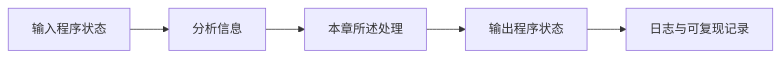
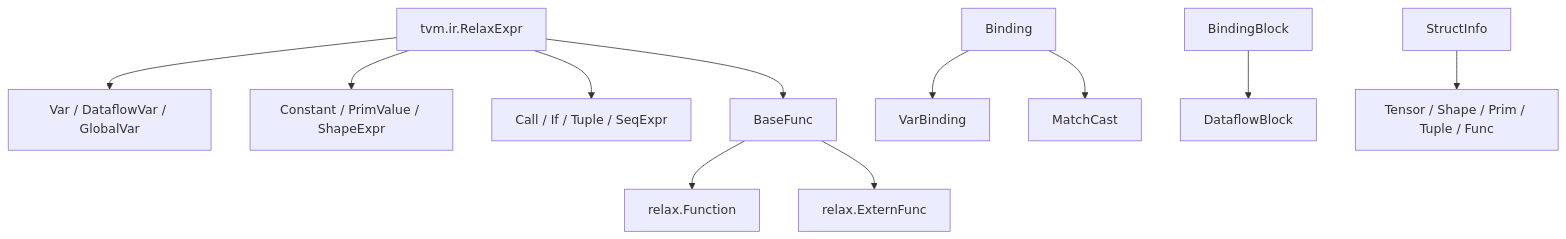
One commit to Little-W/Obsidian changed the diagram in NPU/TVM 使用与自研 NPU 接入手册/04-Relax 图级 IR.md. Above: the diagram before and after it, drawn with Mermaid. The commit also changed other lines of this file and 10 other files, not shown here.

````diff
--- a/NPU/TVM 使用与自研 NPU 接入手册/04-Relax 图级 IR.md
+++ b/NPU/TVM 使用与自研 NPU 接入手册/04-Relax 图级 IR.md
@@ -30,7 +120,13 @@
 ```mermaid
-flowchart LR
-    A["输入程序状态"] --> B["分析信息"]
-    B --> C["本章所述处理"]
-    C --> D["输出程序状态"]
-    D --> E["日志与可复现记录"]
+flowchart TD
+    A["tvm.ir.RelaxExpr"] --> B["Var / DataflowVar / GlobalVar"]
+    A --> C["Constant / PrimValue / ShapeExpr"]
+    A --> D["Call / If / Tuple / SeqExpr"]
+    A --> E["BaseFunc"]
+    E --> F["relax.Function"]
+    E --> G["relax.ExternFunc"]
+    H["Binding"] --> I["VarBinding"]
+    H --> J["MatchCast"]
+    K["BindingBlock"] --> L["DataflowBlock"]
+    M["StructInfo"] --> N["Tensor / Shape / Prim / Tuple / Func"]
 ```
````
